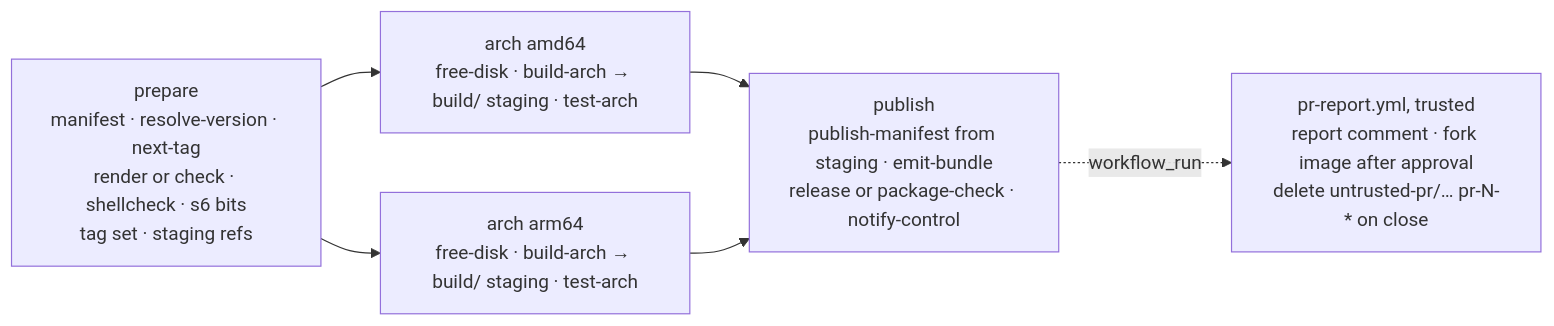
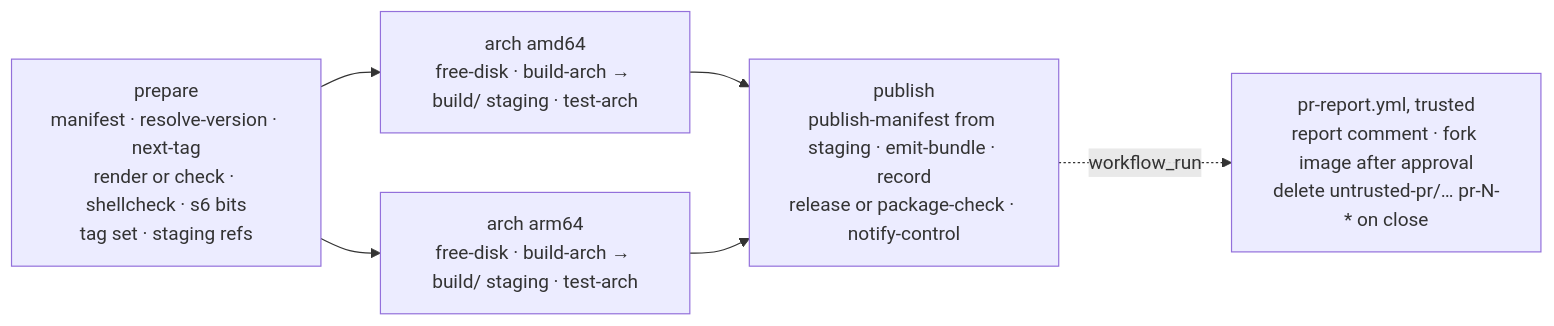
One commit to linuxserver-playground/workflows changed the diagram in README.md. Above: the diagram before and after it, drawn with Mermaid. The commit also changed other lines of this file and 4 other files, not shown here.

Commit message:
Derive record.json in the publish job and attach it to the release

````diff
--- a/README.md
+++ b/README.md
@@ -31,8 +31,8 @@
 ```mermaid
 flowchart LR
   P[prepare<br/>manifest · resolve-version · next-tag<br/>render or check · shellcheck · s6 bits<br/>tag set · staging refs] --> A1[arch amd64<br/>free-disk · build-arch → build/ staging · test-arch]
   P --> A2[arch arm64<br/>free-disk · build-arch → build/ staging · test-arch]
-  A1 --> U[publish<br/>publish-manifest from staging · emit-bundle<br/>release or package-check · notify-control]
+  A1 --> U[publish<br/>publish-manifest from staging · emit-bundle · record<br/>release or package-check · notify-control]
   A2 --> U
   U -. workflow_run .-> R[pr-report.yml, trusted<br/>report comment · fork image after approval<br/>delete untrusted-pr/… pr-N-* on close]
 ```
````
